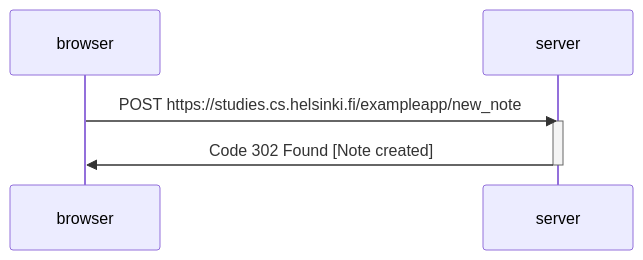
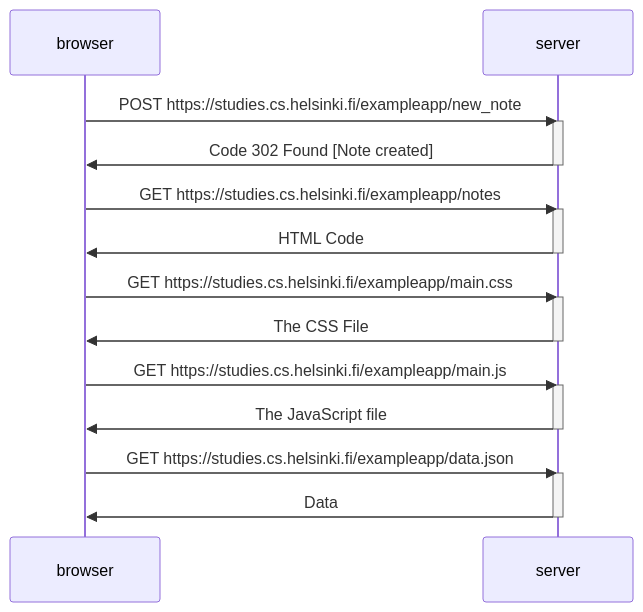
Before and after one commit to rubendesrod/FullStack_Open: the diagram in part0/Diagrama0_4.md, drawn with Mermaid. The commit also changed 1 other file, not shown here.

Commit message:
Part0 Completa

````diff
--- a/part0/Diagrama0_4.md
+++ b/part0/Diagrama0_4.md
@@ -1,11 +1,31 @@
 ```mermaid
 sequenceDiagram
     participant browser
     participant server
 
     browser->>server: POST https://studies.cs.helsinki.fi/exampleapp/new_note
     activate server
     server->>browser: Code 302 Found [Note created]
     deactivate server
 
+    browser->>server: GET https://studies.cs.helsinki.fi/exampleapp/notes
+    activate server
+    server->>browser: HTML Code
+    deactivate server
+
+    browser->>server: GET https://studies.cs.helsinki.fi/exampleapp/main.css
+    activate server
+    server->>browser: The CSS File
+    deactivate server
+    
+    browser->>server: GET https://studies.cs.helsinki.fi/exampleapp/main.js
+    activate server
+    server->>browser: The JavaScript file
+    deactivate server
+
+    browser->>server: GET https://studies.cs.helsinki.fi/exampleapp/data.json
+    activate server
+    server->>browser: Data
+    deactivate server
+
 ```
````
